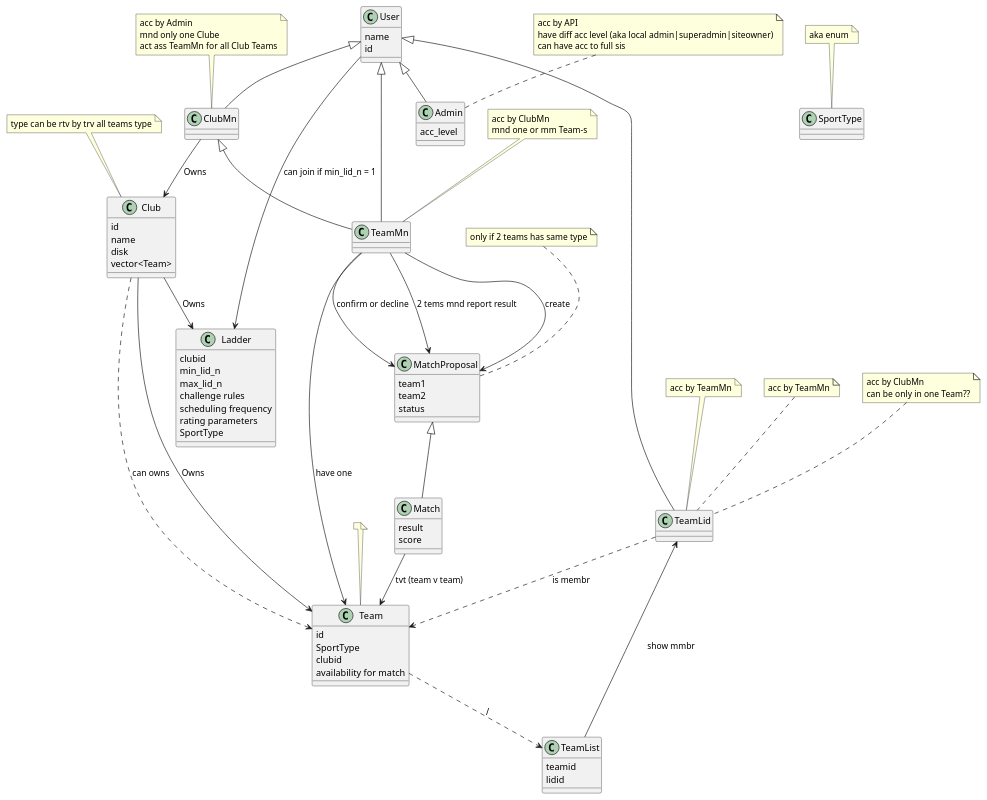
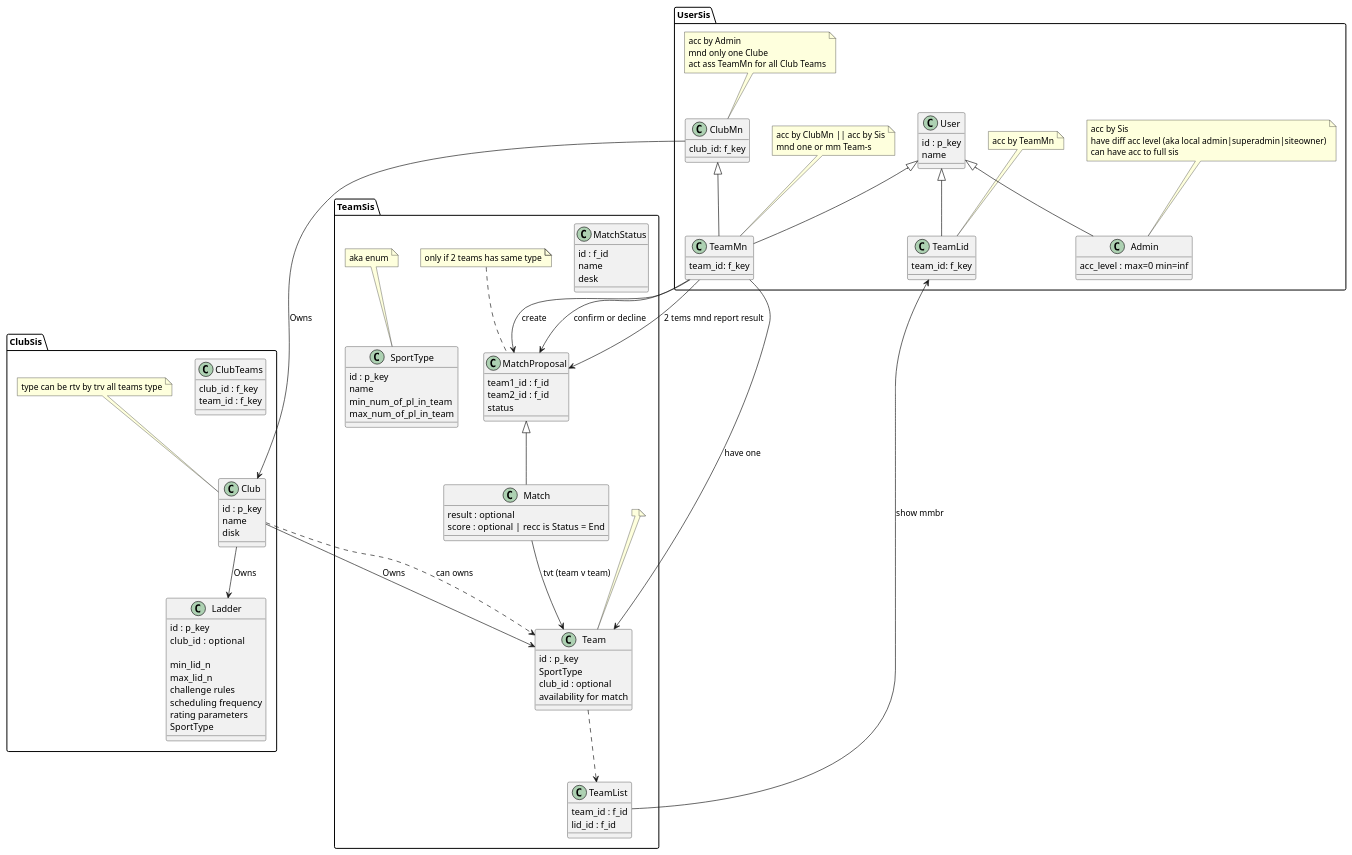
Before and after one commit to JeremiLrk/PPDB-team4: the diagram in doc/arh.puml, drawn with PlantUML.

Commit message:
DB Arh Proposal

```diff
--- a/doc/arh.puml
+++ b/doc/arh.puml
@@ -1,135 +1,165 @@
 @startuml
-class User{
-    name
-    id
-}
-class TeamLid{
-}
-class TeamMn{
-}
-class ClubMn{
-}
-class Admin{
-    acc_level
+
+package UserSis{
+    class User{
+        id : p_key
+        name
+    }
+    class TeamLid{
+        team_id: f_key
+    }
+    class TeamMn{
+        team_id: f_key
+    }
+    class ClubMn{
+        club_id: f_key
+    }
+    class Admin{
+        acc_level : max=0 min=inf
+    }
 }
 
-class Club {
-    id
-    name
-    disk
-    vector<Team>
-}
-class Ladder{
-    clubid
-    min_lid_n
-    max_lid_n
-    challenge rules
-    scheduling frequency
-    rating parameters
-    SportType
-}
-class Team {
-    id
-    SportType
-    clubid
-    availability for match
-}
-class SportType {
+package ClubSis{
+    class Club {
+        id : p_key
+        name
+        disk
+    }
+    class ClubTeams{
+        club_id : f_key
+        team_id : f_key
+    }
+    class Ladder{
+        id : p_key
+        club_id  : optional
 
-}
-class TeamList{
-    teamid
-    lidid
+        min_lid_n
+        max_lid_n
+        challenge rules
+        scheduling frequency
+        rating parameters
+        SportType
+    }
 }
 
-class MatchProposal{
-    team1
-    team2
-    status
+package TeamSis{
+    class Team {
+        id : p_key
+        SportType
+        club_id : optional
+        availability for match
+    }
+
+    class SportType {
+        id : p_key
+        name
+        min_num_of_pl_in_team
+        max_num_of_pl_in_team
+    }
+    class TeamList{
+        team_id : f_id
+        lid_id : f_id
+    }
+
+    class MatchStatus {
+        id : f_id
+        name
+        desk
+    }
+    class MatchProposal{
+        team1_id : f_id
+        team2_id : f_id
+        status
+    }
+    class Match{
+        result : optional
+        score : optional | recc is Status = End
+    }
 }
 
-class Match{
-    result
-    score
-}
+
+
+
+
 
 
 User <|-- TeamLid
 User <|-- TeamMn
-User <|-- ClubMn
 User <|-- Admin
 ClubMn <|-- TeamMn
 
-TeamLid ..> Team: is membr
-Team ..> TeamList: /
+Team ..> TeamList
+
 TeamList --> TeamLid: show mmbr
+
 TeamMn --> Team : have one
 Club --> Team : Owns
 Club ..> Team : can owns
 
 
 Club --> Ladder : Owns
 ClubMn --> Club : Owns
 
-User --> Ladder: can join if min_lid_n = 1
 
 Match --> Team : tvt (team v team)
 MatchProposal <|-- Match
 TeamMn --> MatchProposal: create
 TeamMn --> MatchProposal: confirm or decline
 TeamMn --> MatchProposal: 2 tems mnd report result
 
 
 
+package UserSis{
 
-note top of TeamLid
-    acc by TeamMn
-end note
+    note top of TeamLid
+        acc by TeamMn
+    end note
 
-note top of TeamLid
-    acc by TeamMn
-end note
+    note top of TeamMn
+        acc by ClubMn || acc by Sis
+        mnd one or mm Team-s
+    end note
 
-note top of TeamLid
-    acc by ClubMn
-    can be only in one Team??
-end note
+    note top of ClubMn
+        acc by Admin
+        mnd only one Clube
+        act ass TeamMn for all Club Teams
+    end note
 
-note top of TeamMn
-    acc by ClubMn
-    mnd one or mm Team-s
-end note
+    note top of Admin
+        acc by Sis
+        have diff acc level (aka local admin|superadmin|siteowner)
+        can have acc to full sis
+    end note
+}
 
-note top of ClubMn
-    acc by Admin
-    mnd only one Clube
-    act ass TeamMn for all Club Teams
-end note
+package ClubSis{
+    note top of Club
+        type can be rtv by trv all teams type
+    end note
 
-note top of Admin
-    acc by API
-    have diff acc level (aka local admin|superadmin|siteowner)
-    can have acc to full sis
-end note
+}
+
+
+package TeamSis{
+    note top of MatchProposal
+        only if 2 teams has same type
+    end note
+
+    note top of SportType
+        aka enum
+    end note
+
+    note top of Team
+
+    end note
+}
 
 
 
-note top of MatchProposal
-    only if 2 teams has same type
-end note
 
-note top of SportType
-    aka enum
-end note
 
-note top of Team
-
-end note
-
-note top of Club
-    type can be rtv by trv all teams type
-end note
 
 
 
 @enduml
```
